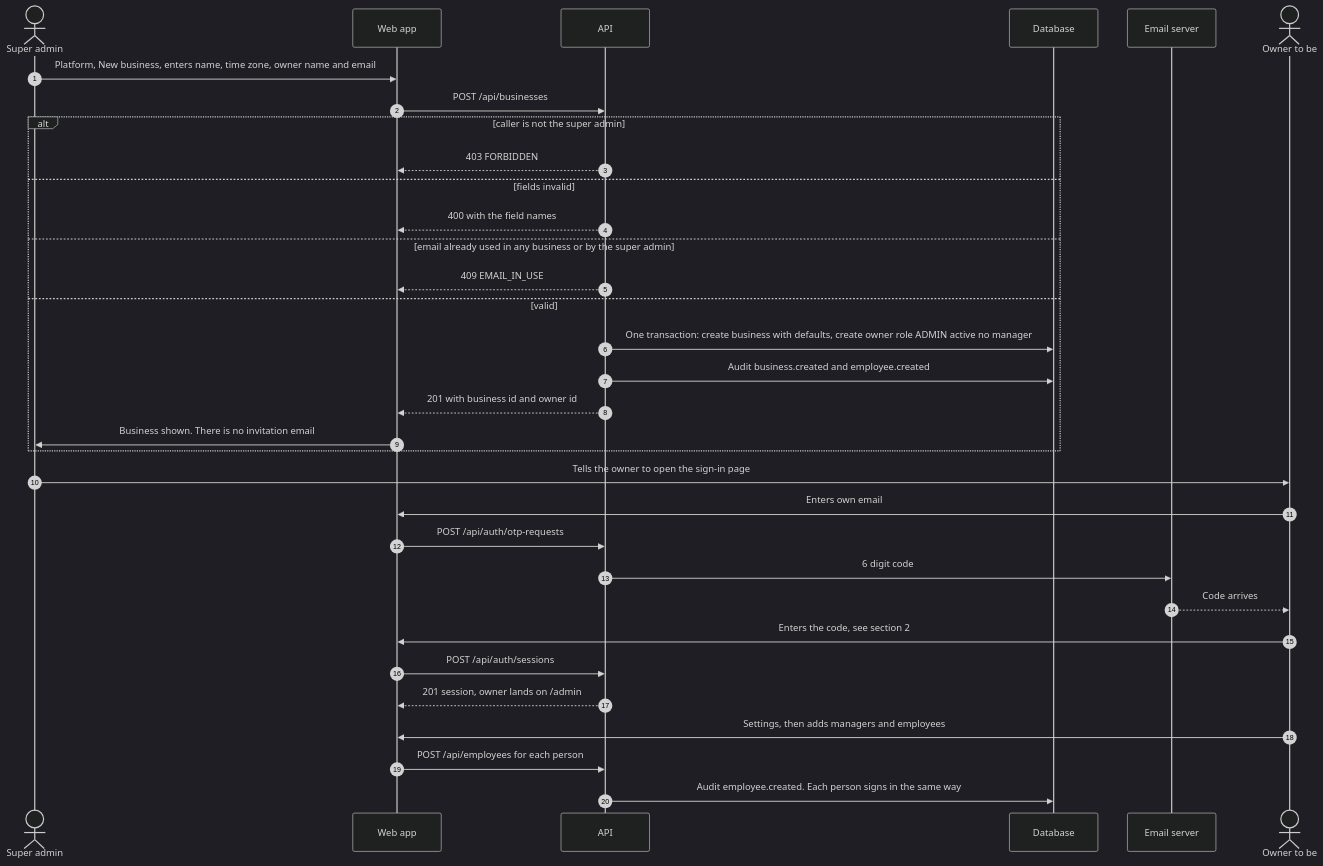
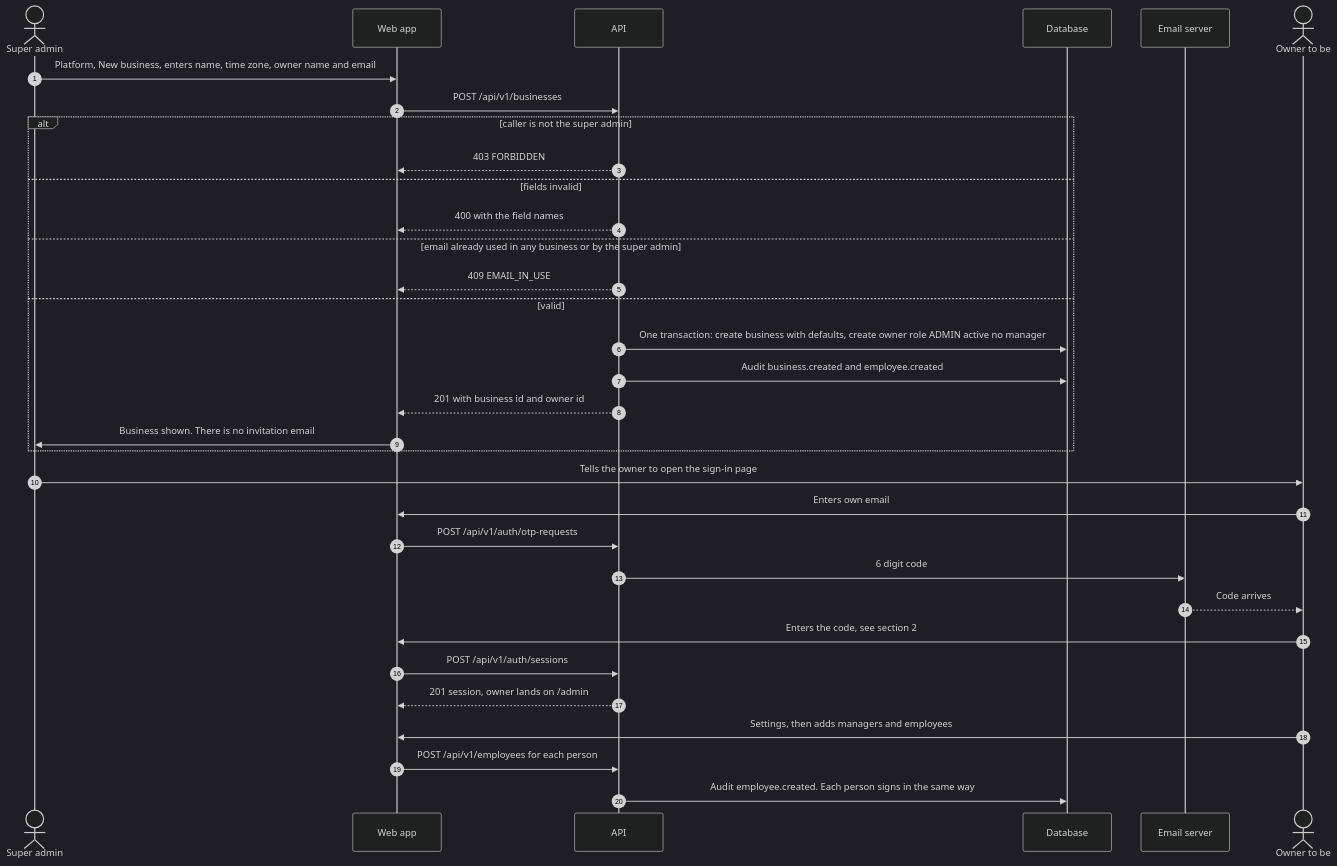
Diagram 12 of 21 in references/FLOW-JurisTrack.md (amitjurislpo/juris-track), drawn with Mermaid (dark theme) before and after one commit. The commit also changed other lines of this file and 100 other files, not shown here.

````diff
--- a/references/FLOW-JurisTrack.md
+++ b/references/FLOW-JurisTrack.md
@@ -441,36 +441,36 @@
 ```mermaid
 sequenceDiagram
     autonumber
     actor SA as Super admin
     participant W as Web app
     participant A as API
     participant D as Database
     participant M as Email server
     actor OW as Owner to be
 
     SA->>W: Platform, New business, enters name, time zone, owner name and email
-    W->>A: POST /api/businesses
+    W->>A: POST /api/v1/businesses
     alt caller is not the super admin
         A-->>W: 403 FORBIDDEN
     else fields invalid
         A-->>W: 400 with the field names
     else email already used in any business or by the super admin
         A-->>W: 409 EMAIL_IN_USE
     else valid
         A->>D: One transaction: create business with defaults, create owner role ADMIN active no manager
         A->>D: Audit business.created and employee.created
         A-->>W: 201 with business id and owner id
         W->>SA: Business shown. There is no invitation email
     end
     SA->>OW: Tells the owner to open the sign-in page
     OW->>W: Enters own email
-    W->>A: POST /api/auth/otp-requests
+    W->>A: POST /api/v1/auth/otp-requests
     A->>M: 6 digit code
     M-->>OW: Code arrives
     OW->>W: Enters the code, see section 2
-    W->>A: POST /api/auth/sessions
+    W->>A: POST /api/v1/auth/sessions
     A-->>W: 201 session, owner lands on /admin
     OW->>W: Settings, then adds managers and employees
-    W->>A: POST /api/employees for each person
+    W->>A: POST /api/v1/employees for each person
     A->>D: Audit employee.created. Each person signs in the same way
 ```
````
